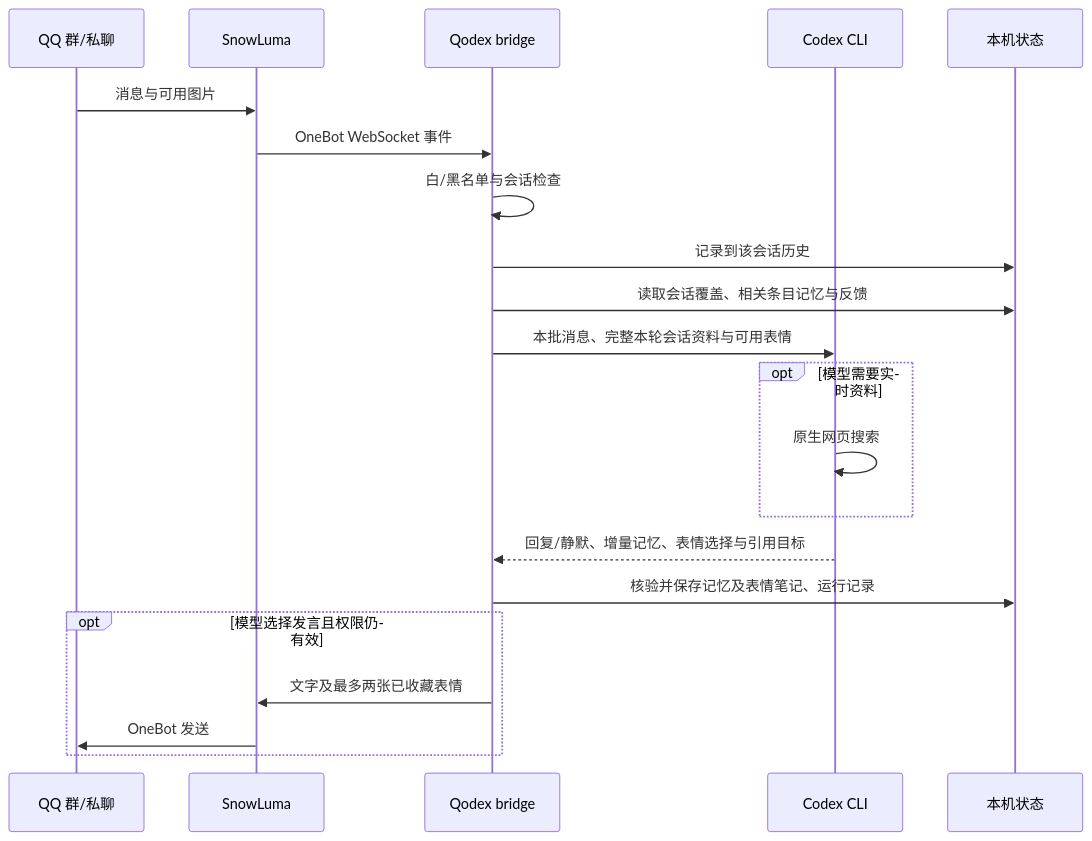
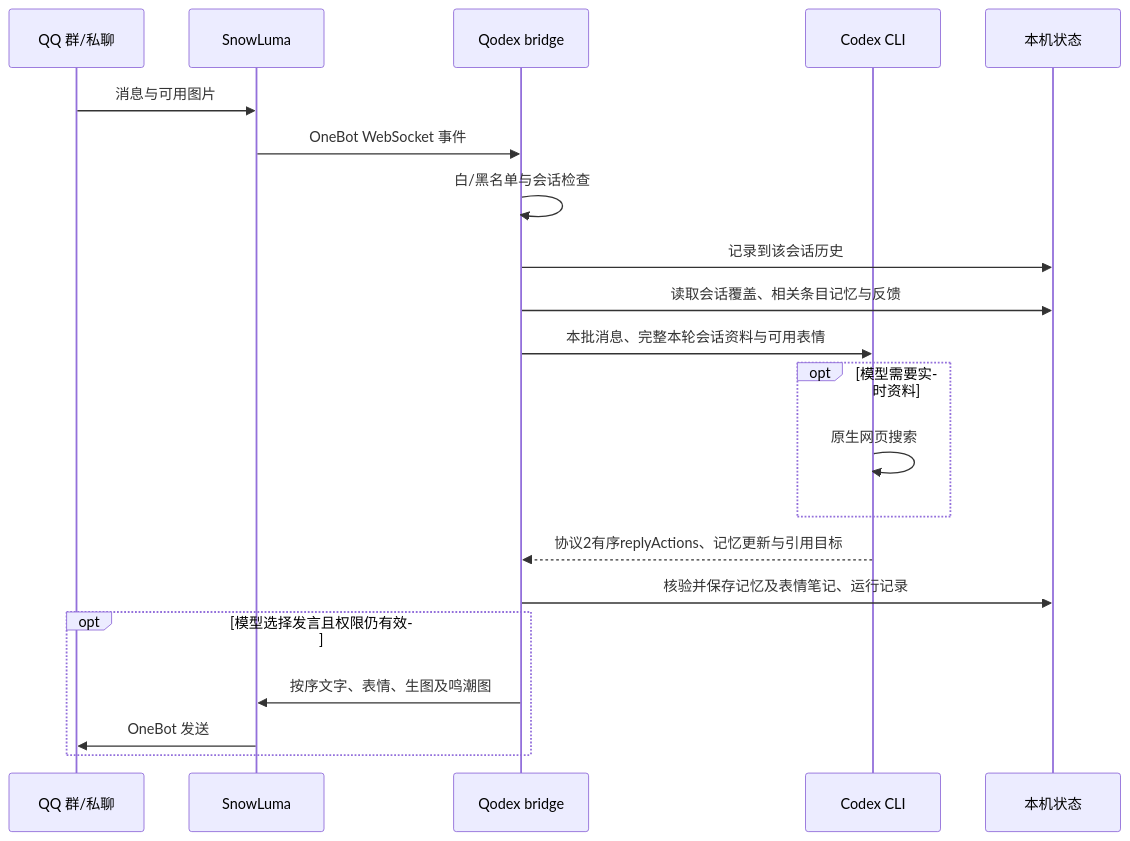
Before and after one commit to ChrisZ-123/Qodex: the diagram in docs/PROJECT_GUIDE.md, drawn with Mermaid. The commit also changed other lines of this file and 21 other files, not shown here.

````diff
--- a/docs/PROJECT_GUIDE.md
+++ b/docs/PROJECT_GUIDE.md
@@ -7,23 +7,23 @@
 ```mermaid
 sequenceDiagram
     participant QQ as QQ 群/私聊
     participant S as SnowLuma
     participant B as Qodex bridge
     participant C as Codex CLI
     participant L as 本机状态
     QQ->>S: 消息与可用图片
     S->>B: OneBot WebSocket 事件
     B->>B: 白/黑名单与会话检查
     B->>L: 记录到该会话历史
     B->>L: 读取会话覆盖、相关条目记忆与反馈
     B->>C: 本批消息、完整本轮会话资料与可用表情
     opt 模型需要实时资料
       C->>C: 原生网页搜索
     end
-    C-->>B: 回复/静默、增量记忆、表情选择与引用目标
+    C-->>B: 协议2有序replyActions、记忆更新与引用目标
     B->>L: 核验并保存记忆及表情笔记、运行记录
     opt 模型选择发言且权限仍有效
-      B->>S: 文字及最多两张已收藏表情
+      B->>S: 按序文字、表情、生图及鸣潮图
       S->>QQ: OneBot 发送
     end
 ```
````
